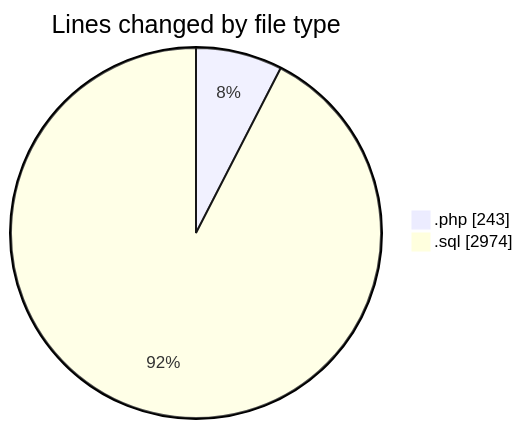
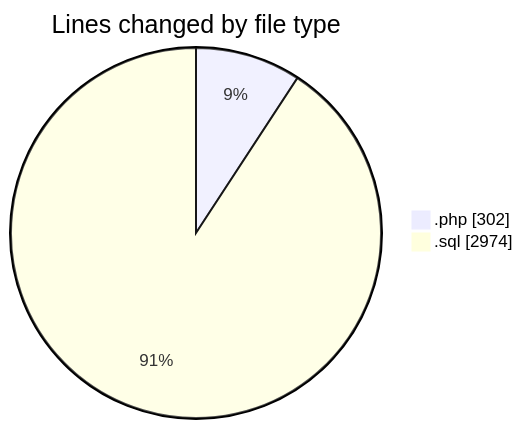
The first of 2 diagrams in 2026-02-06/enviar_facturas/README.md (LanceThiago/code-tracking), drawn with Mermaid before and after one commit. The commit also changed other lines of this file and 1 other file, not shown here.

````diff
--- a/2026-02-06/enviar_facturas/README.md
+++ b/2026-02-06/enviar_facturas/README.md
@@ -21,6 +21,6 @@
 ```mermaid
 pie showData
 title Lines changed by file type
-".php" : 243
+".php" : 302
 ".sql" : 2974
 ```
````
